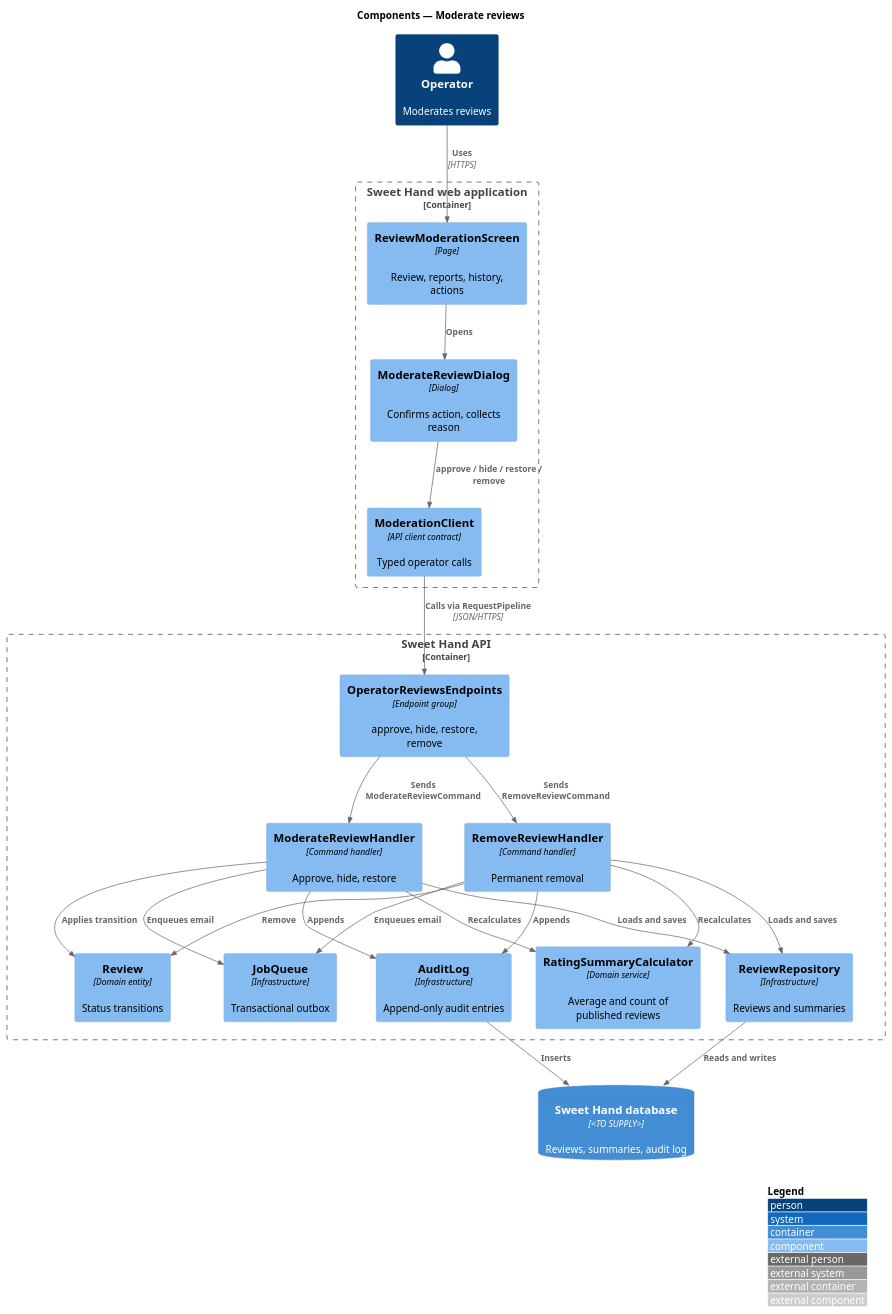
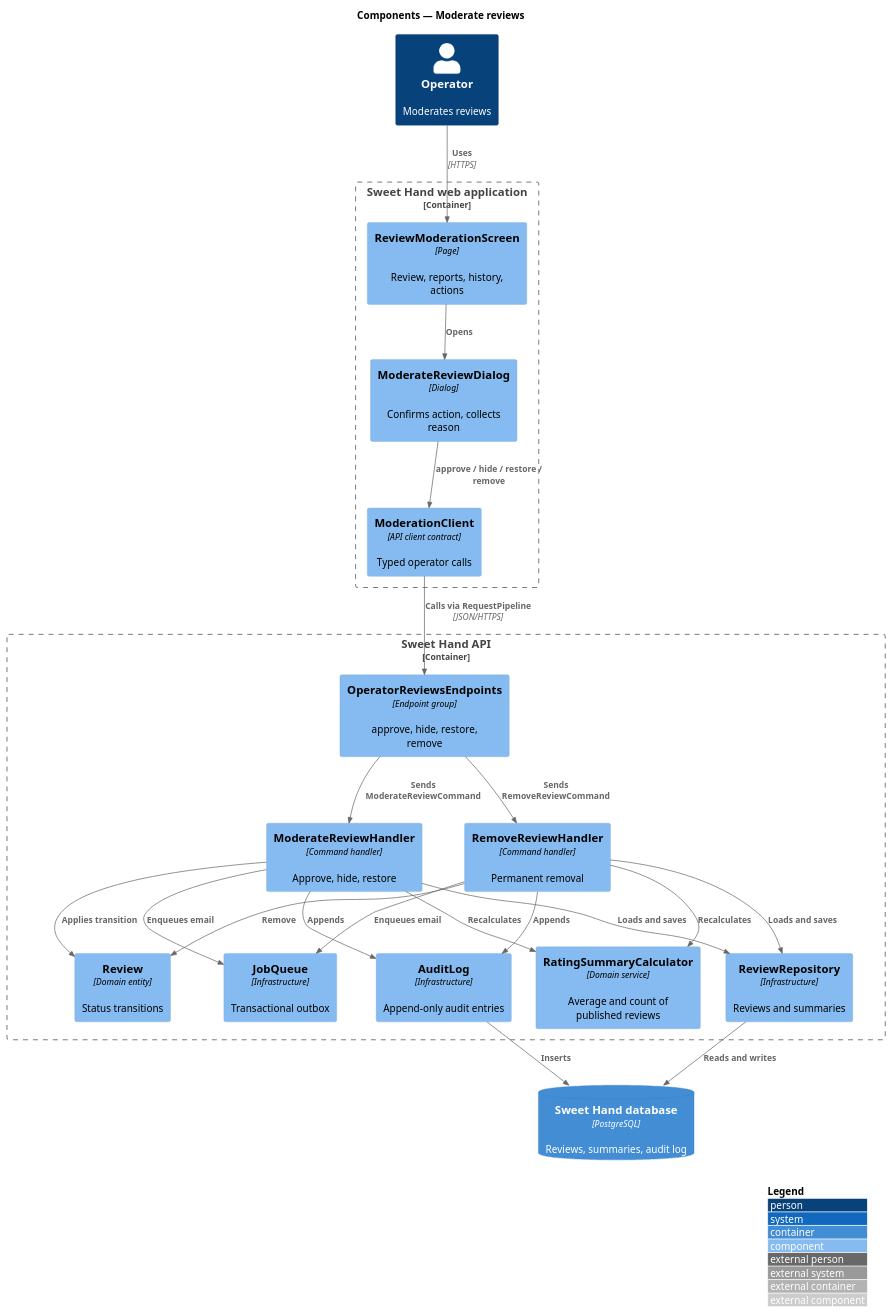
One commit to QuinntyneBrown/sweet-hand changed the diagram in docs/detailed-designs/moderation/moderate-reviews/diagrams/c4-component.puml. Above: the diagram before and after it, drawn with PlantUML. The commit also changed 44 other files, not shown here.

```diff
--- a/docs/detailed-designs/moderation/moderate-reviews/diagrams/c4-component.puml
+++ b/docs/detailed-designs/moderation/moderate-reviews/diagrams/c4-component.puml
@@ -1,42 +1,42 @@
 @startuml
 !include <C4/C4_Component>
 LAYOUT_WITH_LEGEND()
 title Components — Moderate reviews
 
 Person(operator, "Operator", "Moderates reviews")
 Container_Boundary(web, "Sweet Hand web application") {
   Component(screen, "ReviewModerationScreen", "Page", "Review, reports, history, actions")
   Component(dialog, "ModerateReviewDialog", "Dialog", "Confirms action, collects reason")
   Component(client, "ModerationClient", "API client contract", "Typed operator calls")
 }
 Container_Boundary(api, "Sweet Hand API") {
   Component(endpoints, "OperatorReviewsEndpoints", "Endpoint group", "approve, hide, restore, remove")
   Component(modH, "ModerateReviewHandler", "Command handler", "Approve, hide, restore")
   Component(remH, "RemoveReviewHandler", "Command handler", "Permanent removal")
   Component(review, "Review", "Domain entity", "Status transitions")
   Component(calc, "RatingSummaryCalculator", "Domain service", "Average and count of published reviews")
   Component(audit, "AuditLog", "Infrastructure", "Append-only audit entries")
   Component(jobs, "JobQueue", "Infrastructure", "Transactional outbox")
   Component(repo, "ReviewRepository", "Infrastructure", "Reviews and summaries")
 }
-ContainerDb(db, "Sweet Hand database", "<TO SUPPLY>", "Reviews, summaries, audit log")
+ContainerDb(db, "Sweet Hand database", "PostgreSQL", "Reviews, summaries, audit log")
 
 Rel(operator, screen, "Uses", "HTTPS")
 Rel(screen, dialog, "Opens")
 Rel(dialog, client, "approve / hide / restore / remove")
 Rel(client, endpoints, "Calls via RequestPipeline", "JSON/HTTPS")
 Rel(endpoints, modH, "Sends ModerateReviewCommand")
 Rel(endpoints, remH, "Sends RemoveReviewCommand")
 Rel(modH, review, "Applies transition")
 Rel(remH, review, "Remove")
 Rel(modH, calc, "Recalculates")
 Rel(remH, calc, "Recalculates")
 Rel(modH, audit, "Appends")
 Rel(remH, audit, "Appends")
 Rel(modH, jobs, "Enqueues email")
 Rel(remH, jobs, "Enqueues email")
 Rel(modH, repo, "Loads and saves")
 Rel(remH, repo, "Loads and saves")
 Rel(repo, db, "Reads and writes")
 Rel(audit, db, "Inserts")
 @enduml
```
